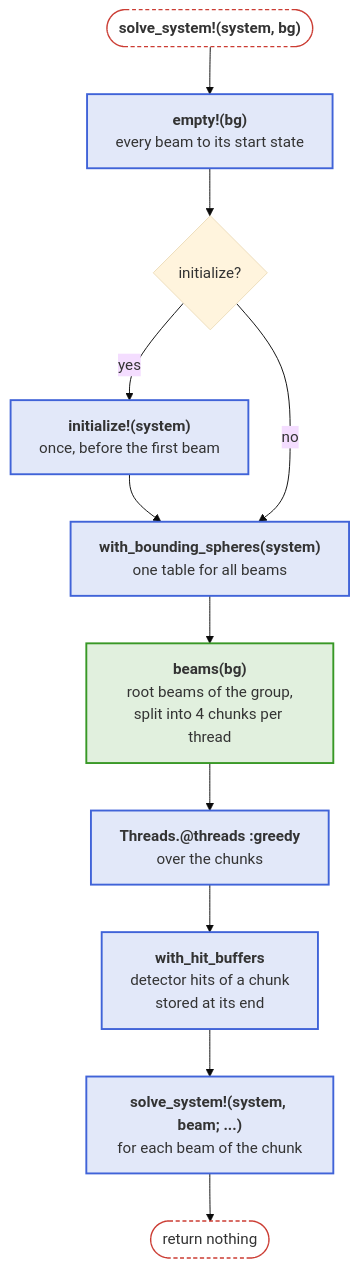
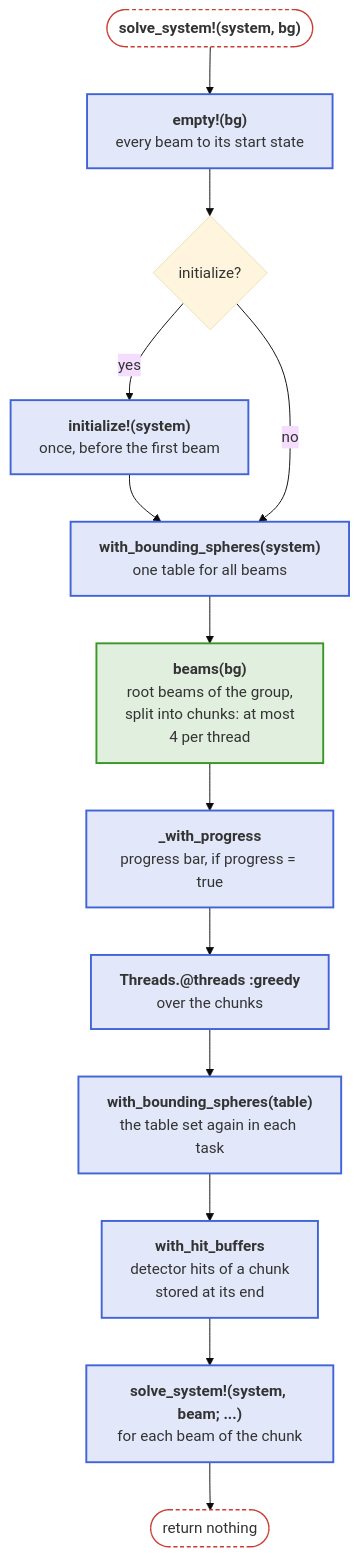
The fourth of 4 diagrams in docs/src/api/beams.md (JuliaPhysics/BeamletOptics.jl), drawn with Mermaid (base theme) before and after one commit. The commit also changed other lines of this file and 63 other files, not shown here.

First line of the commit message:
Docs: align docs and docstrings with the code, drop color legends of the diagrams

````diff
--- a/docs/src/api/beams.md
+++ b/docs/src/api/beams.md
@@ -126,26 +140,28 @@
 ```mermaid
 flowchart TB
     S(["<b>solve_system!(system, bg)</b>"])
     EM["<b>empty!(bg)</b><br/>every beam to its start state"]
     INI{"initialize?"}
     IN["<b>initialize!(system)</b><br/>once, before the first beam"]
     BS["<b>with_bounding_spheres(system)</b><br/>one table for all beams"]
-    BG["<b>beams(bg)</b><br/>root beams of the group,<br/>split into 4 chunks per thread"]
+    BG["<b>beams(bg)</b><br/>root beams of the group,<br/>split into chunks: at most<br/>4 per thread"]
+    PR["<b>_with_progress</b><br/>progress bar, if progress = true"]
     CH["<b>Threads.@threads :greedy</b><br/>over the chunks"]
+    BT["<b>with_bounding_spheres(table)</b><br/>the table set again in each task"]
     HB["<b>with_hit_buffers</b><br/>detector hits of a chunk<br/>stored at its end"]
     SB["<b>solve_system!(system, beam; ...)</b><br/>for each beam of the chunk"]
     E(["return nothing"])
 
     S --> EM --> INI
     INI -- yes --> IN --> BS
     INI -- no --> BS
-    BS --> BG --> CH --> HB --> SB --> E
+    BS --> BG --> PR --> CH --> BT --> HB --> SB --> E
 
     classDef blue fill:#4063D826,stroke:#4063D8,stroke-width:2px
     classDef green fill:#38982626,stroke:#389826,stroke-width:2px
     classDef purple fill:#9558B226,stroke:#9558B2,stroke-width:2px
     classDef terminal fill:transparent,stroke:#CB3C33,stroke-width:1.5px,stroke-dasharray:4 3
-    class EM,IN,BS,CH,HB,SB blue
+    class EM,IN,BS,PR,CH,BT,HB,SB blue
     class BG green
     class S,E terminal
 ```
````
